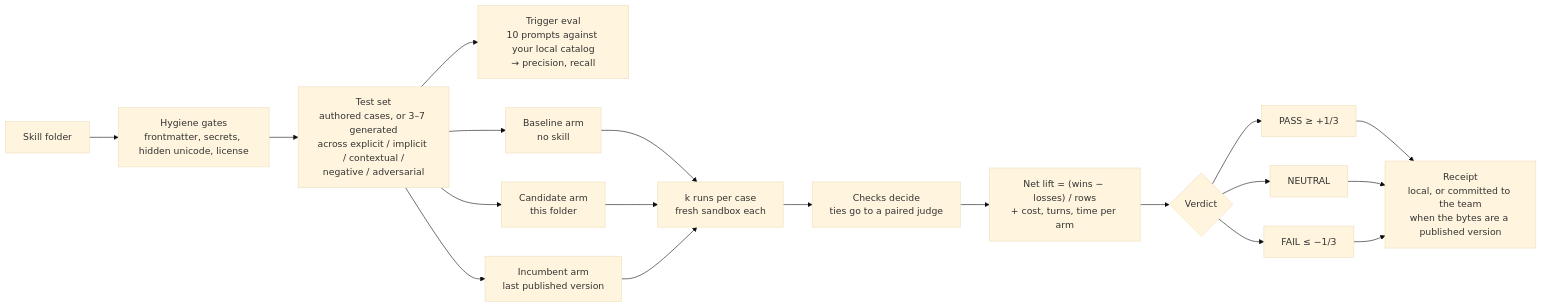
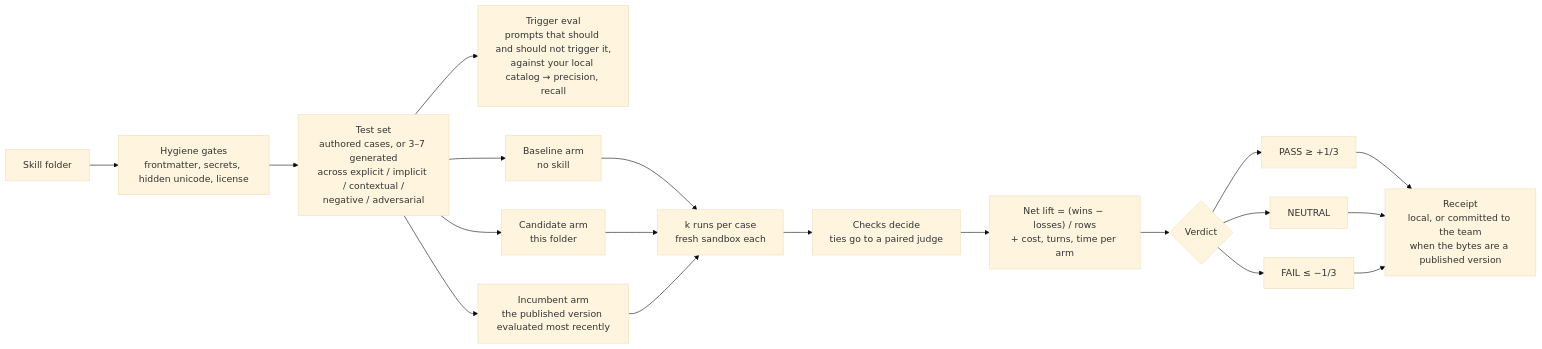
Before and after one commit to ryanliu-terum/terum-skills: the diagram in README.md, drawn with Mermaid (base theme). The commit also changed other lines of this file and 1 other file, not shown here.

````diff
--- a/README.md
+++ b/README.md
@@ -75,17 +75,17 @@
 ```mermaid
 flowchart LR
     S["Skill folder"] --> H["Hygiene gates<br/>frontmatter, secrets, hidden unicode, license"]
     H --> G["Test set<br/>authored cases, or 3–7 generated<br/>across explicit / implicit / contextual /<br/>negative / adversarial"]
-    G --> T["Trigger eval<br/>10 prompts against your local catalog<br/>→ precision, recall"]
+    G --> T["Trigger eval<br/>prompts that should and should not trigger it,<br/>against your local catalog → precision, recall"]
     G --> B["Baseline arm<br/>no skill"]
     G --> K["Candidate arm<br/>this folder"]
-    G --> I["Incumbent arm<br/>last published version"]
+    G --> I["Incumbent arm<br/>the published version evaluated most recently"]
     B & K & I --> R["k runs per case<br/>fresh sandbox each"]
     R --> C["Checks decide<br/>ties go to a paired judge"]
     C --> N["Net lift = (wins − losses) / rows<br/>+ cost, turns, time per arm"]
     N --> V{"Verdict"}
     V --> P["PASS ≥ +1/3"]
     V --> U["NEUTRAL"]
     V --> F["FAIL ≤ −1/3"]
     P & U & F --> W["Receipt<br/>local, or committed to the team<br/>when the bytes are a published version"]
 ```
````
